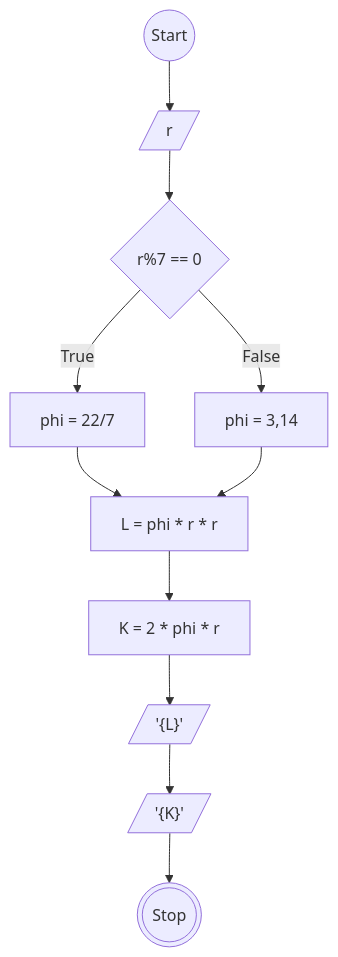
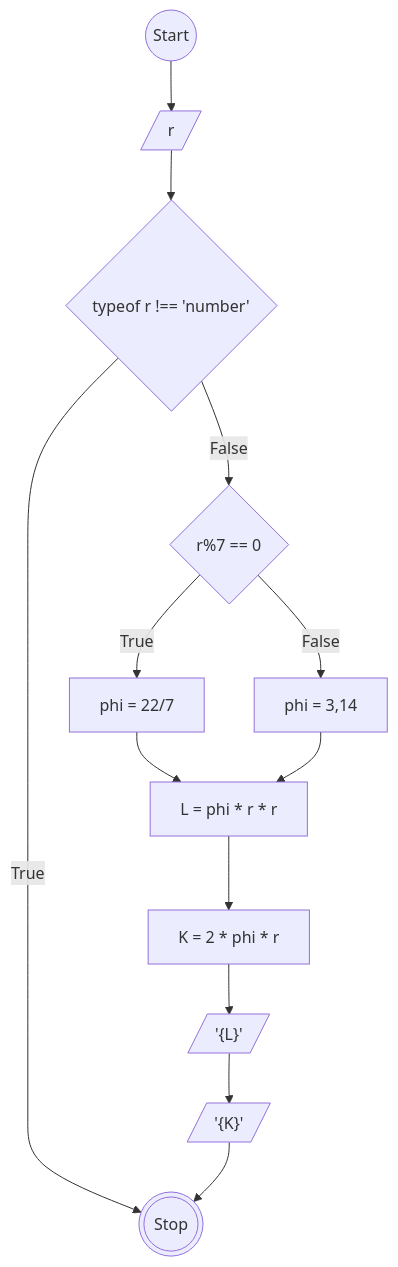
The diagram in readme.md (MuhamadRafliShidiq/koda-b8-javascript1), drawn with Mermaid before and after one commit.

````diff
--- a/readme.md
+++ b/readme.md
@@ -7,23 +7,26 @@
 ```mermaid
 
     flowchart TD
 
     a@{ shape: circle, label: "Start" }
     b@{ shape: lean-r, label: "r" }
+    k@{ shape: diamond, label: "typeof r !== 'number'" }
     c@{ shape: diamond, label: " r%7 == 0" }
     i@{ shape: rect, label: " phi = 3,14" }
     j@{ shape: rect, label: " phi = 22/7" }
     d@{ shape: rect, label: "L = phi * r * r" }
     e@{ shape: rect, label: "K = 2 * phi * r" }
     f@{ shape: lean-r, label: "'{L}'" }
     g@{ shape: lean-r, label: "'{K}'" }
     h@{ shape: dbl-circ, label: "Stop" }
 
-    a --> b --> c
+    a --> b --> k
+    k --True--> h
+    k --False--> c
     c --True--> j
     c --False--> i
 
     j --> d
     i --> d
     d --> e --> f --> g --> h
 ```
````
